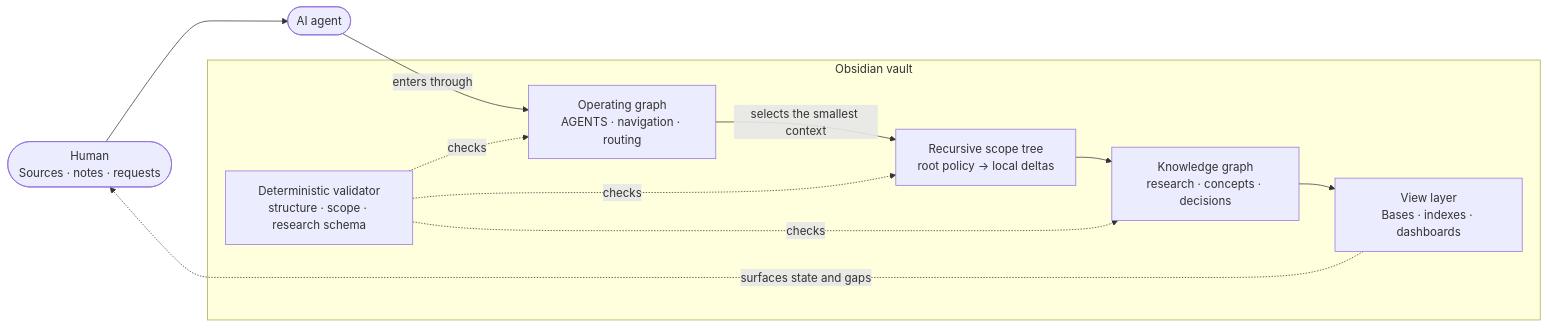
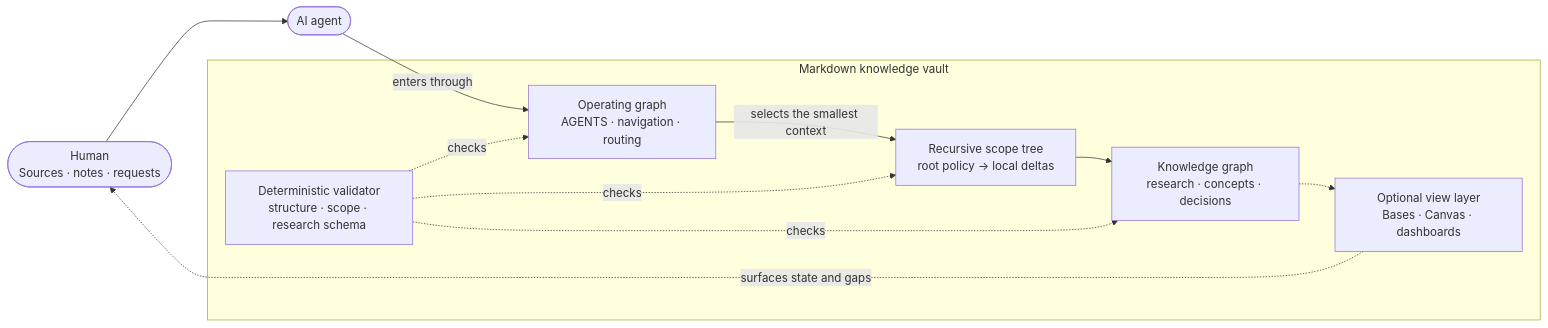
The diagram in README.md (pariyar07/ariadne), drawn with Mermaid before and after one commit. The commit also changed other lines of this file and 40 other files, not shown here.

Commit message:
docs: position Ariadne as a Markdown knowledge vault

````diff
--- a/README.md
+++ b/README.md
@@ -10,23 +10,23 @@
 ```mermaid
 flowchart LR
   Human(["Human\nSources · notes · requests"])
   Agent(["AI agent"])
 
-  subgraph Vault["Obsidian vault"]
+  subgraph Vault["Markdown knowledge vault"]
     Operating["Operating graph\nAGENTS · navigation · routing"]
     Scopes["Recursive scope tree\nroot policy → local deltas"]
     Knowledge["Knowledge graph\nresearch · concepts · decisions"]
-    Views["View layer\nBases · indexes · dashboards"]
+    Views["Optional view layer\nBases · Canvas · dashboards"]
     Validator["Deterministic validator\nstructure · scope · research schema"]
   end
 
   Human --> Agent
   Agent -->|"enters through"| Operating
   Operating -->|"selects the smallest context"| Scopes
   Scopes --> Knowledge
-  Knowledge --> Views
+  Knowledge -.-> Views
   Validator -.->|"checks"| Operating
   Validator -.->|"checks"| Scopes
   Validator -.->|"checks"| Knowledge
   Views -.->|"surfaces state and gaps"| Human
 ```
````
